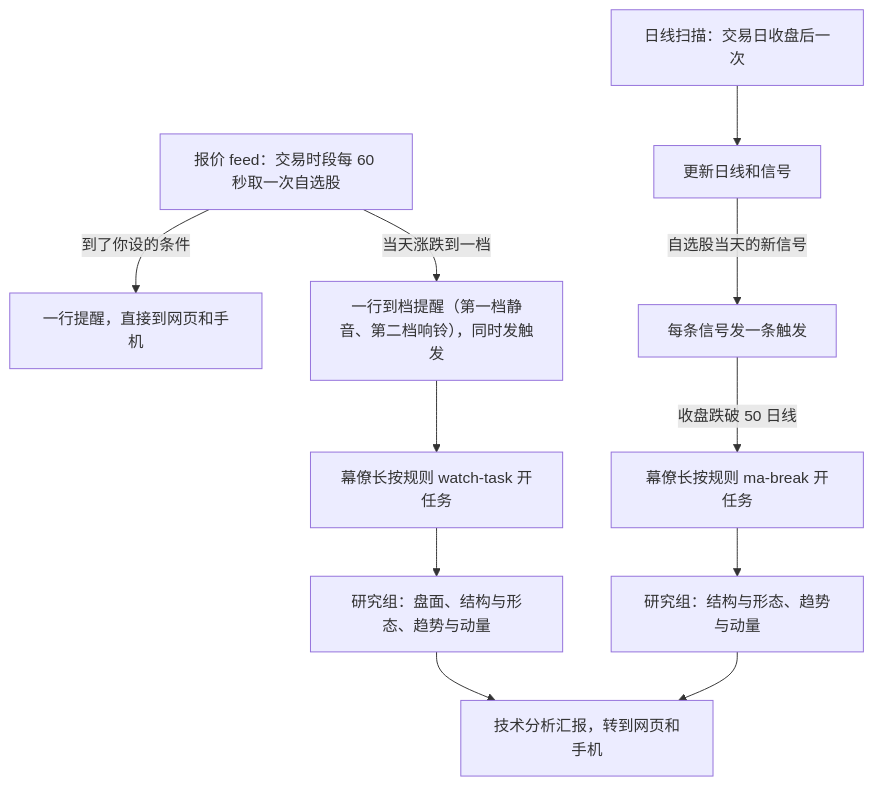
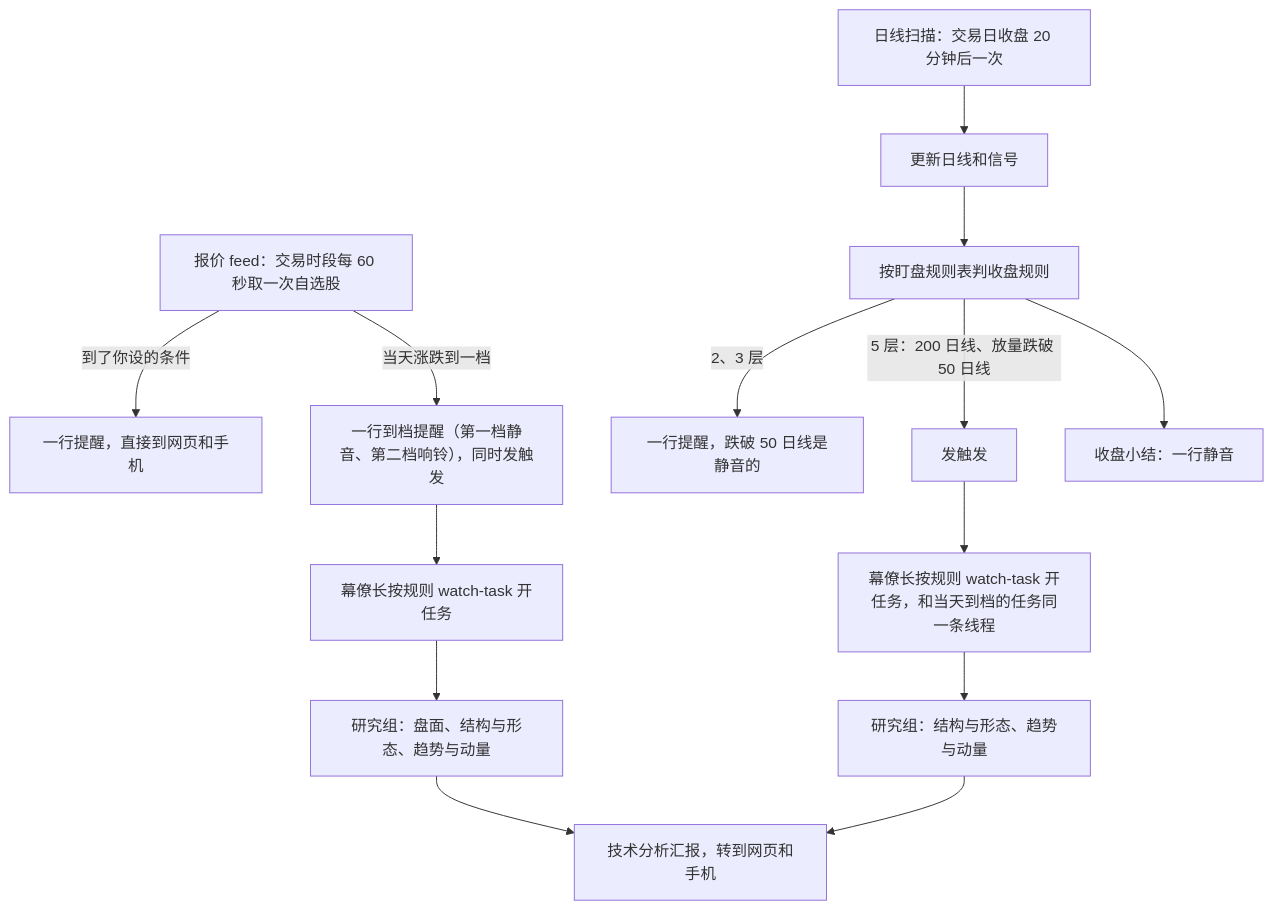
One commit to aicoder2048/pi-super-agent changed the diagram in docs/modules/stock-ta-cookbook.md. Above: the diagram before and after it, drawn with Mermaid. The commit also changed other lines of this file and 1 other file, not shown here.

````diff
--- a/docs/modules/stock-ta-cookbook.md
+++ b/docs/modules/stock-ta-cookbook.md
@@ -297,14 +321,17 @@
 ```mermaid
 flowchart TB
   F["报价 feed：交易时段每 60 秒取一次自选股"]
   F -->|到了你设的条件| A["一行提醒，直接到网页和手机"]
   F -->|当天涨跌到一档| B["一行到档提醒（第一档静音、第二档响铃），同时发触发"]
   B --> R["幕僚长按规则 watch-task 开任务"]
   R --> T["研究组：盘面、结构与形态、趋势与动量"]
   T --> P["技术分析汇报，转到网页和手机"]
-  S["日线扫描：交易日收盘后一次"] --> D["更新日线和信号"]
-  D -->|自选股当天的新信号| G["每条信号发一条触发"]
-  G -->|收盘跌破 50 日线| M["幕僚长按规则 ma-break 开任务"]
+  S["日线扫描：交易日收盘 20 分钟后一次"] --> D["更新日线和信号"]
+  D --> J["按盯盘规则表判收盘规则"]
+  J -->|2、3 层| L["一行提醒，跌破 50 日线是静音的"]
+  J -->|5 层：200 日线、放量跌破 50 日线| G["发触发"]
+  G --> M["幕僚长按规则 watch-task 开任务，和当天到档的任务同一条线程"]
   M --> T2["研究组：结构与形态、趋势与动量"]
   T2 --> P
+  J --> X["收盘小结：一行静音"]
 ```
````
